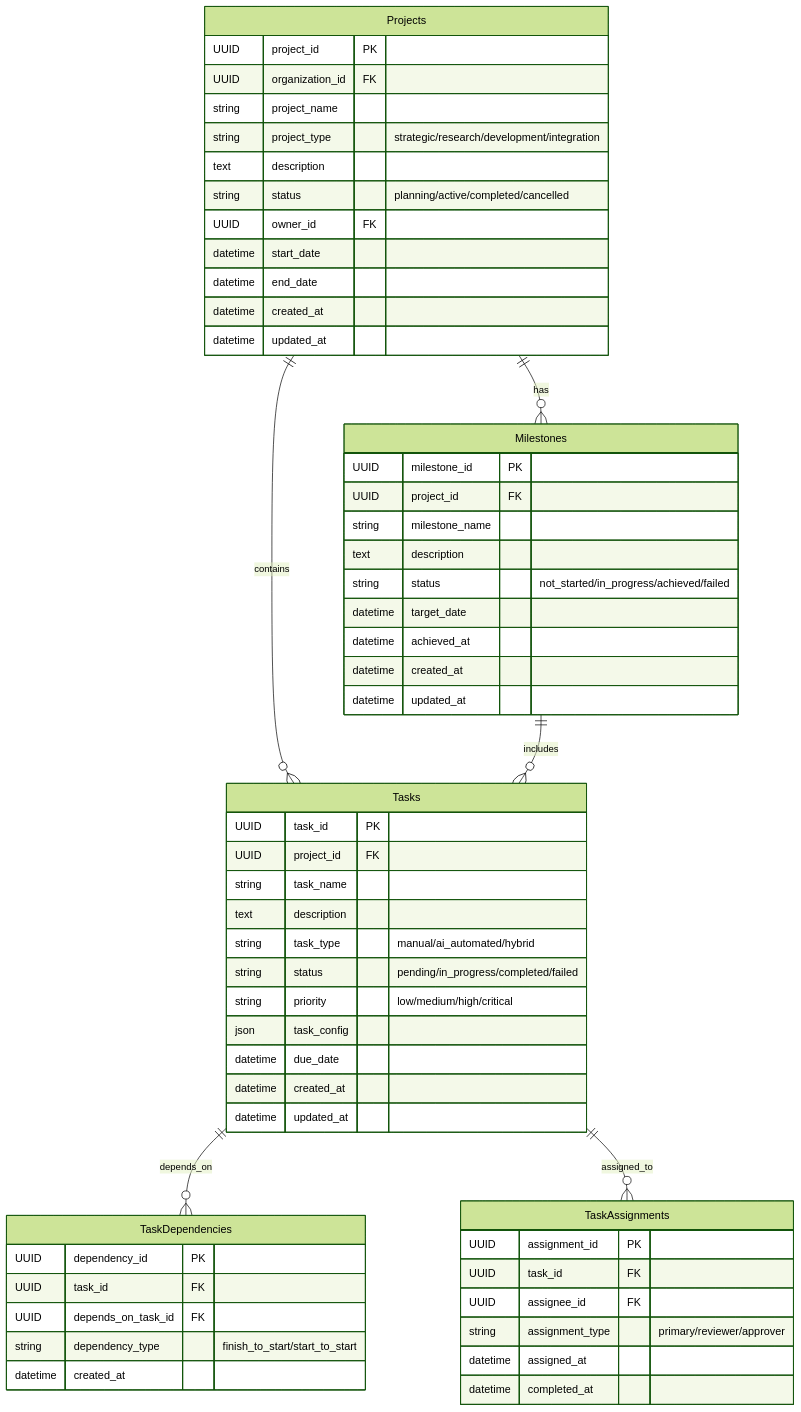
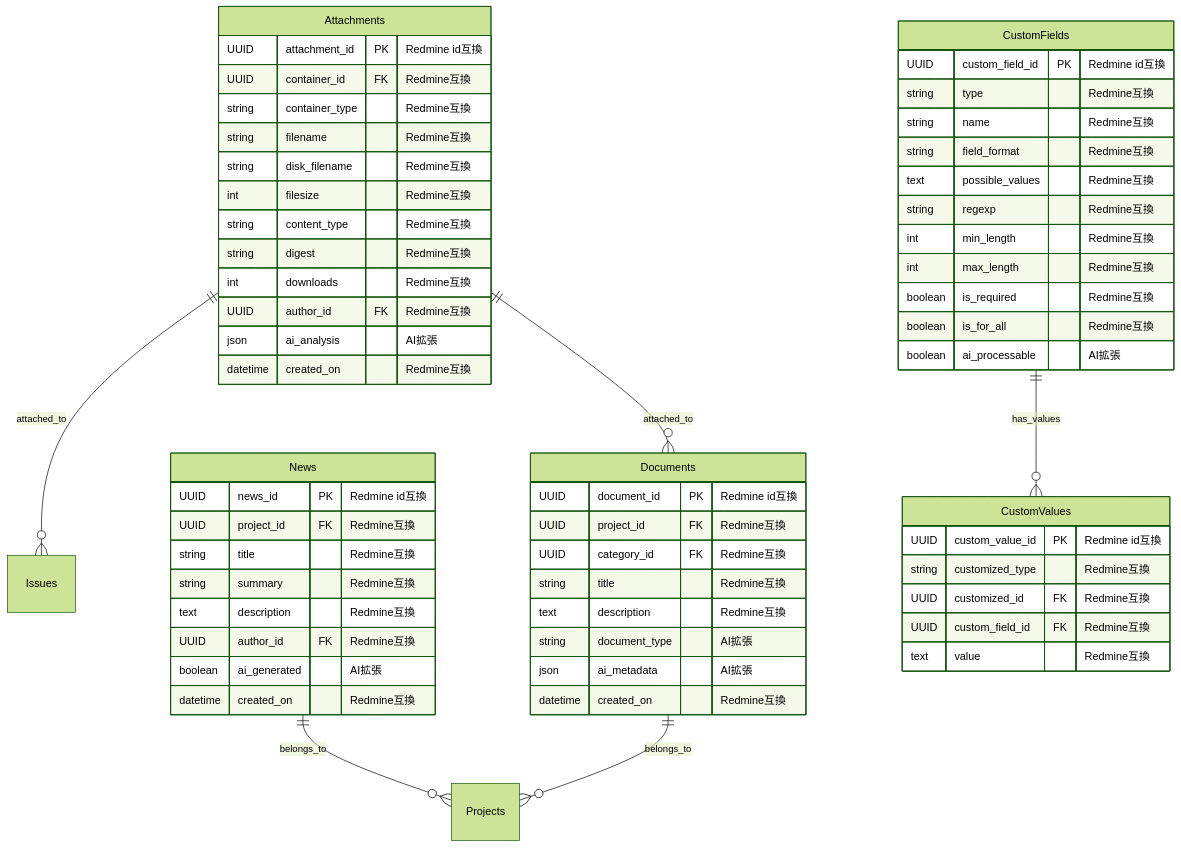
Before and after one commit to daichiTAAA/AgentOpsPlatform: the third of 10 diagrams in docs/030000_設計/035000_データ設計/035010_ER図.md, drawn with Mermaid (forest theme). The commit also changed other lines of this file, not shown here.

````diff
--- a/docs/030000_設計/035000_データ設計/035010_ER図.md
+++ b/docs/030000_設計/035000_データ設計/035010_ER図.md
@@ -133,65 +271,67 @@
 ```mermaid
 erDiagram
-    Projects {
-        UUID project_id PK
-        UUID organization_id FK
-        string project_name
-        string project_type "strategic/research/development/integration"
-        text description
-        string status "planning/active/completed/cancelled"
-        UUID owner_id FK
-        datetime start_date
-        datetime end_date
-        datetime created_at
-        datetime updated_at
+    Attachments {
+        UUID attachment_id PK "Redmine id互換"
+        UUID container_id FK "Redmine互換"
+        string container_type "Redmine互換"
+        string filename "Redmine互換"
+        string disk_filename "Redmine互換"
+        int filesize "Redmine互換"
+        string content_type "Redmine互換"
+        string digest "Redmine互換"
+        int downloads "Redmine互換"
+        UUID author_id FK "Redmine互換"
+        json ai_analysis "AI拡張"
+        datetime created_on "Redmine互換"
     }
     
-    Tasks {
-        UUID task_id PK
-        UUID project_id FK
-        string task_name
-        text description
-        string task_type "manual/ai_automated/hybrid"
-        string status "pending/in_progress/completed/failed"
-        string priority "low/medium/high/critical"
-        json task_config
-        datetime due_date
-        datetime created_at
-        datetime updated_at
+    Documents {
+        UUID document_id PK "Redmine id互換"
+        UUID project_id FK "Redmine互換"
+        UUID category_id FK "Redmine互換"
+        string title "Redmine互換"
+        text description "Redmine互換"
+        string document_type "AI拡張"
+        json ai_metadata "AI拡張"
+        datetime created_on "Redmine互換"
     }
     
-    Milestones {
-        UUID milestone_id PK
-        UUID project_id FK
-        string milestone_name
-        text description
-        string status "not_started/in_progress/achieved/failed"
-        datetime target_date
-        datetime achieved_at
-        datetime created_at
-        datetime updated_at
+    News {
+        UUID news_id PK "Redmine id互換"
+        UUID project_id FK "Redmine互換"
+        string title "Redmine互換"
+        string summary "Redmine互換"
+        text description "Redmine互換"
+        UUID author_id FK "Redmine互換"
+        boolean ai_generated "AI拡張"
+        datetime created_on "Redmine互換"
     }
     
-    TaskDependencies {
-        UUID dependency_id PK
-        UUID task_id FK
-        UUID depends_on_task_id FK
-        string dependency_type "finish_to_start/start_to_start"
-        datetime created_at
+    CustomFields {
+        UUID custom_field_id PK "Redmine id互換"
+        string type "Redmine互換"
+        string name "Redmine互換"
+        string field_format "Redmine互換"
+        text possible_values "Redmine互換"
+        string regexp "Redmine互換"
+        int min_length "Redmine互換"
+        int max_length "Redmine互換"
+        boolean is_required "Redmine互換"
+        boolean is_for_all "Redmine互換"
+        boolean ai_processable "AI拡張"
     }
     
-    TaskAssignments {
-        UUID assignment_id PK
-        UUID task_id FK
-        UUID assignee_id FK
-        string assignment_type "primary/reviewer/approver"
-        datetime assigned_at
-        datetime completed_at
+    CustomValues {
+        UUID custom_value_id PK "Redmine id互換"
+        string customized_type "Redmine互換"
+        UUID customized_id FK "Redmine互換"
+        UUID custom_field_id FK "Redmine互換"
+        text value "Redmine互換"
     }
     
-    Projects ||--o{ Tasks : contains
-    Projects ||--o{ Milestones : has
-    Tasks ||--o{ TaskDependencies : depends_on
-    Tasks ||--o{ TaskAssignments : assigned_to
-    Milestones ||--o{ Tasks : includes
+    Attachments ||--o{ Issues : attached_to
+    Attachments ||--o{ Documents : attached_to
+    Documents ||--o{ Projects : belongs_to
+    News ||--o{ Projects : belongs_to
+    CustomFields ||--o{ CustomValues : has_values
 ```
````
